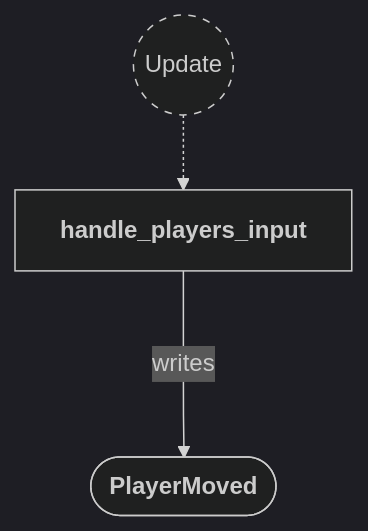
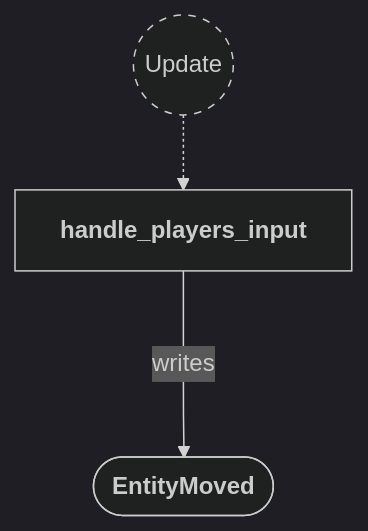
The fifth of 6 diagrams in backlog/docs/doc-2 - 002-Input-plugin.md (neurosoup/tyled), drawn with Mermaid before and after one commit. The commit also changed other lines of this file and 11 other files, not shown here.

````diff
--- a/backlog/docs/doc-2 - 002-Input-plugin.md
+++ b/backlog/docs/doc-2 - 002-Input-plugin.md
@@ -177,18 +177,18 @@
 ```mermaid
 ---
 config:
   theme: dark
 ---
 
 flowchart TD
 classDef system-group stroke-dasharray: 5 5
 
 update(("`Update`")):::system-group
 handle_players_input["`**handle_players_input**`"]
 
 update -.-> handle_players_input
 
-player_moved_message(["`**PlayerMoved**`"])
+entity_moved_message(["`**EntityMoved**`"])
 
-handle_players_input ---> |writes| player_moved_message
+handle_players_input ---> |writes| entity_moved_message
 ```
````
